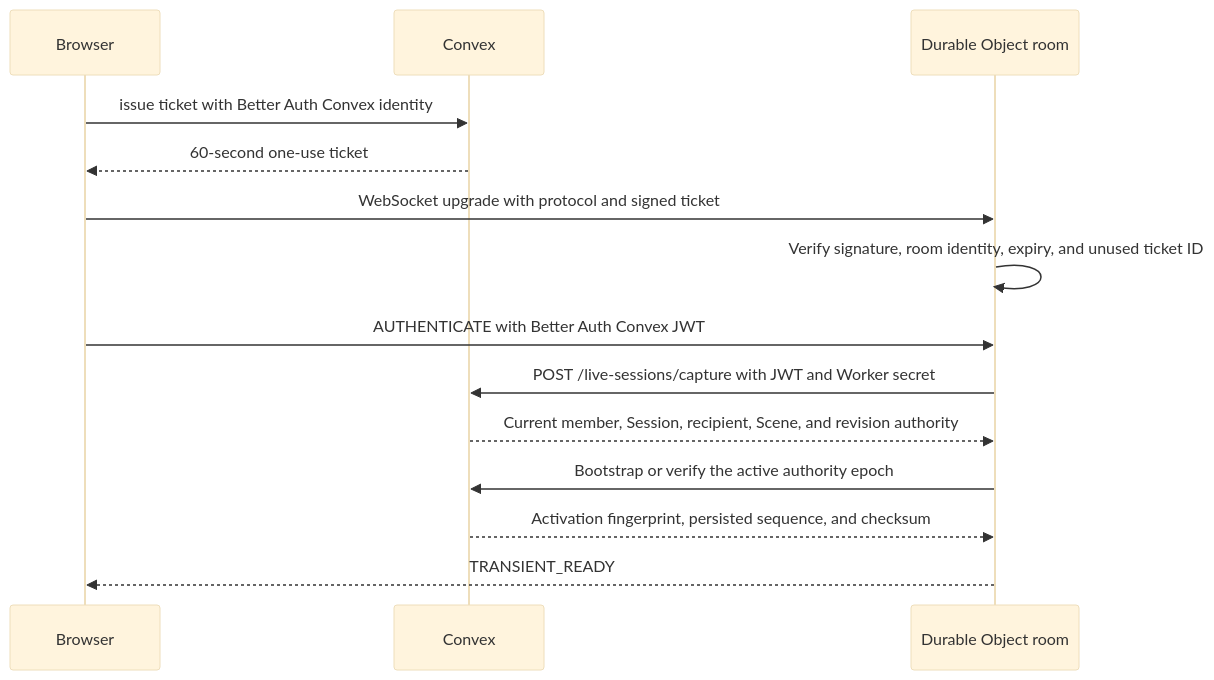
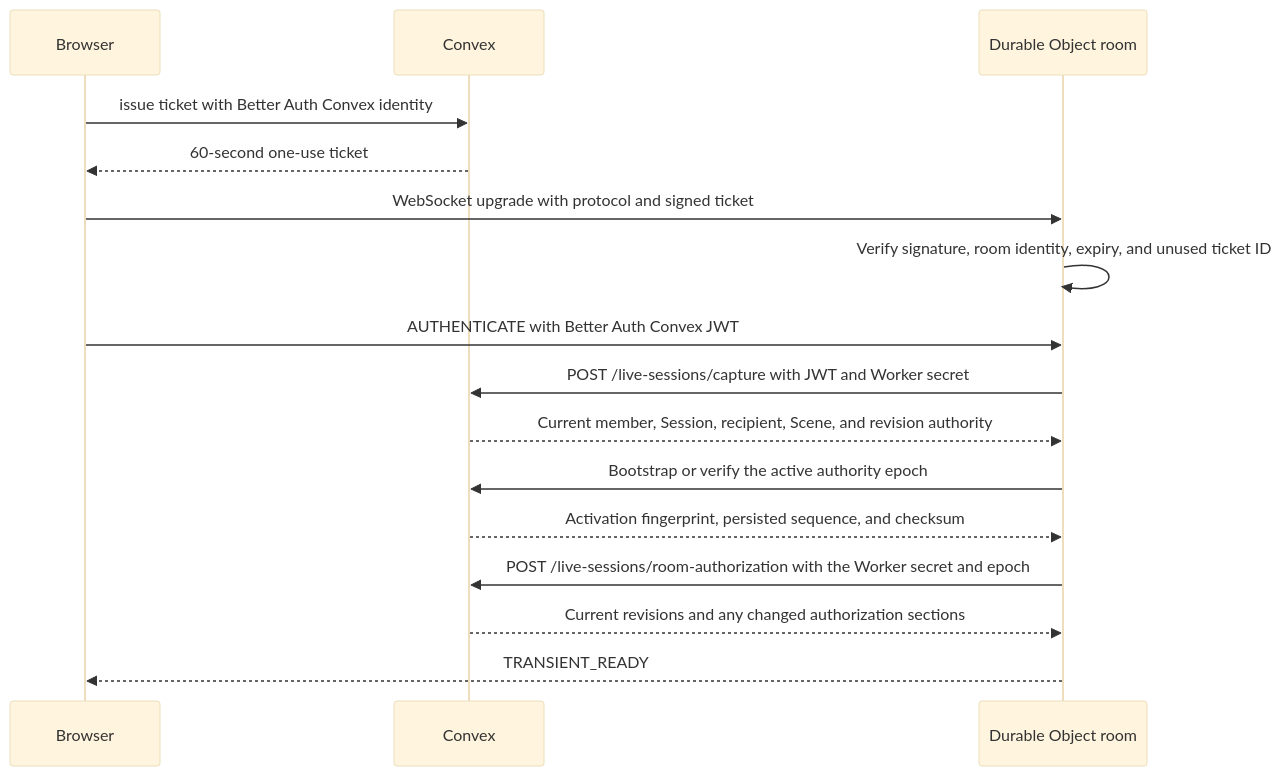
The third of 3 diagrams in docs/architecture/live-sessions.md (MPiland/artificer-toolkit), drawn with Mermaid (base theme) before and after one commit. The commit also changed other lines of this file and 1 other file, not shown here.

First line of the commit message:
Document the room authorization cache (ADR 0035 S4)

````diff
--- a/docs/architecture/live-sessions.md
+++ b/docs/architecture/live-sessions.md
@@ -834,17 +834,19 @@
 ```mermaid
 sequenceDiagram
   participant Browser
   participant Convex
   participant Room as Durable Object room
 
   Browser->>Convex: issue ticket with Better Auth Convex identity
   Convex-->>Browser: 60-second one-use ticket
   Browser->>Room: WebSocket upgrade with protocol and signed ticket
   Room->>Room: Verify signature, room identity, expiry, and unused ticket ID
   Browser->>Room: AUTHENTICATE with Better Auth Convex JWT
   Room->>Convex: POST /live-sessions/capture with JWT and Worker secret
   Convex-->>Room: Current member, Session, recipient, Scene, and revision authority
   Room->>Convex: Bootstrap or verify the active authority epoch
   Convex-->>Room: Activation fingerprint, persisted sequence, and checksum
+  Room->>Convex: POST /live-sessions/room-authorization with the Worker secret and epoch
+  Convex-->>Room: Current revisions and any changed authorization sections
   Room-->>Browser: TRANSIENT_READY
 ```
````
